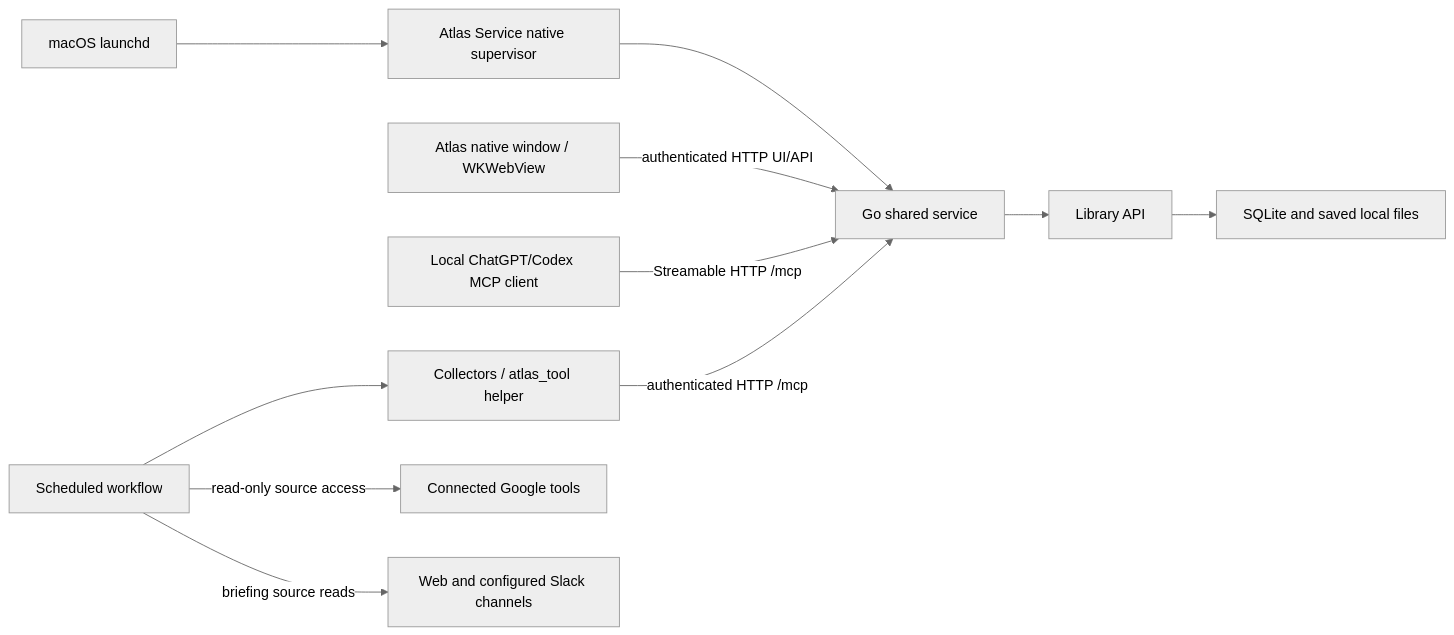
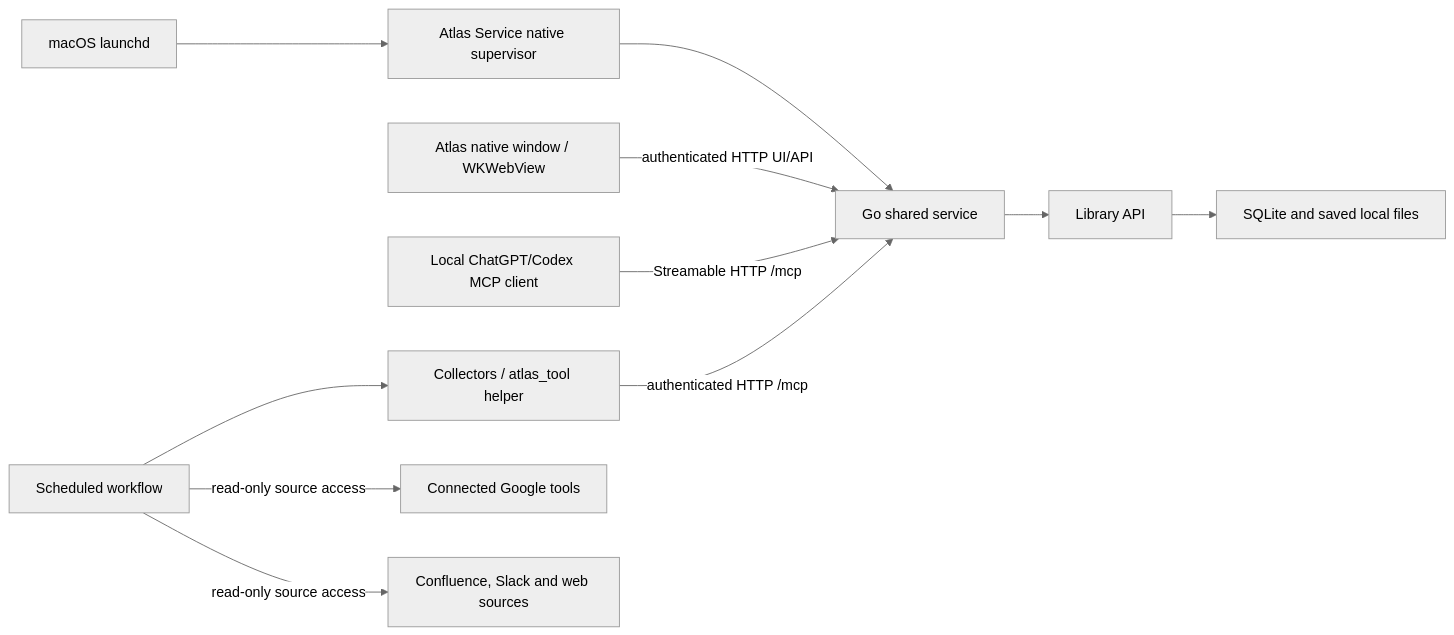
One commit to hrakaroo/atlas changed the diagram in docs/architecture.md. Above: the diagram before and after it, drawn with Mermaid (neutral theme). The commit also changed other lines of this file and 45 other files, not shown here.

````diff
--- a/docs/architecture.md
+++ b/docs/architecture.md
@@ -7,13 +7,13 @@
 ```mermaid
 flowchart LR
     Launchd["macOS launchd"] --> Supervisor["Atlas Service native supervisor"]
     Supervisor --> Service["Go shared service"]
     Window["Atlas native window / WKWebView"] -->|"authenticated HTTP UI/API"| Service
     MCP["Local ChatGPT/Codex MCP client"] -->|"Streamable HTTP /mcp"| Service
     Jobs["Scheduled workflow"] --> Collectors["Collectors / atlas_tool helper"]
     Collectors -->|"authenticated HTTP /mcp"| Service
     Jobs -->|"read-only source access"| Google["Connected Google tools"]
-    Jobs -->|"briefing source reads"| Sources["Web and configured Slack channels"]
+    Jobs -->|"read-only source access"| Sources["Confluence, Slack and web sources"]
     Service --> Library["Library API"]
     Library --> Storage["SQLite and saved local files"]
 ```
````
